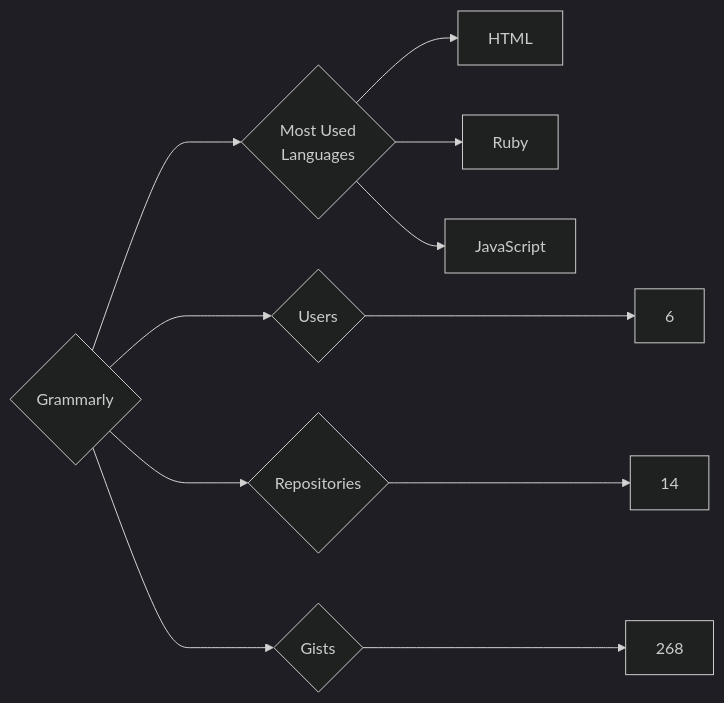
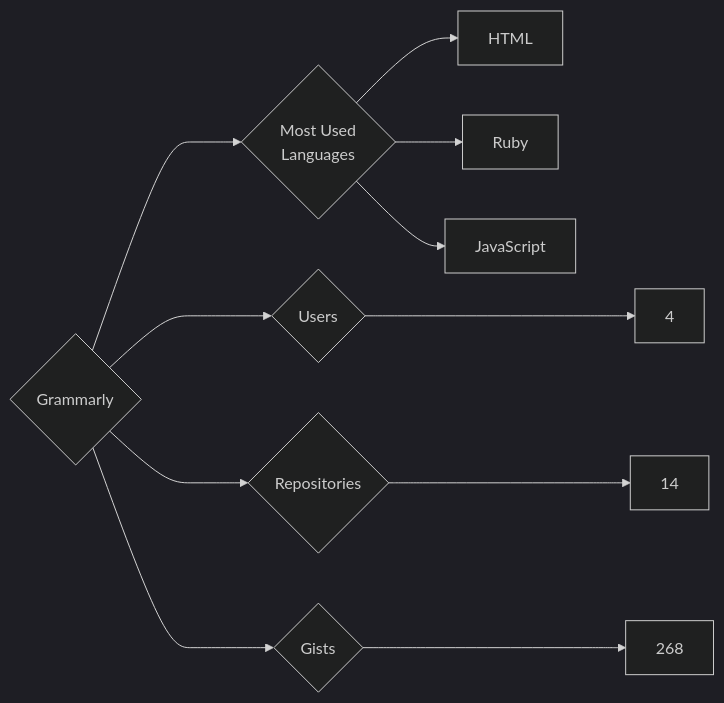
One commit to trickest/insiders changed the diagram in targets/Grammarly/README.md. Above: the diagram before and after it, drawn with Mermaid (dark theme). The commit also changed 997 other files, not shown here.

````diff
--- a/targets/Grammarly/README.md
+++ b/targets/Grammarly/README.md
@@ -3,11 +3,11 @@
 ```mermaid
 graph LR
 COMPANY_NAME{Grammarly}
-COMPANY_NAME ---> U{Users} ---> UN[6]
+COMPANY_NAME ---> U{Users} ---> UN[4]
 COMPANY_NAME ---> R{Repositories} ---> RN[14]
 COMPANY_NAME ---> G{Gists} ---> GN[268]
 COMPANY_NAME ---> ML{Most Used<br>Languages}
 ML --> HTML[HTML]
 ML --> Ruby[Ruby]
 ML --> JavaScript[JavaScript]
 ```
````
